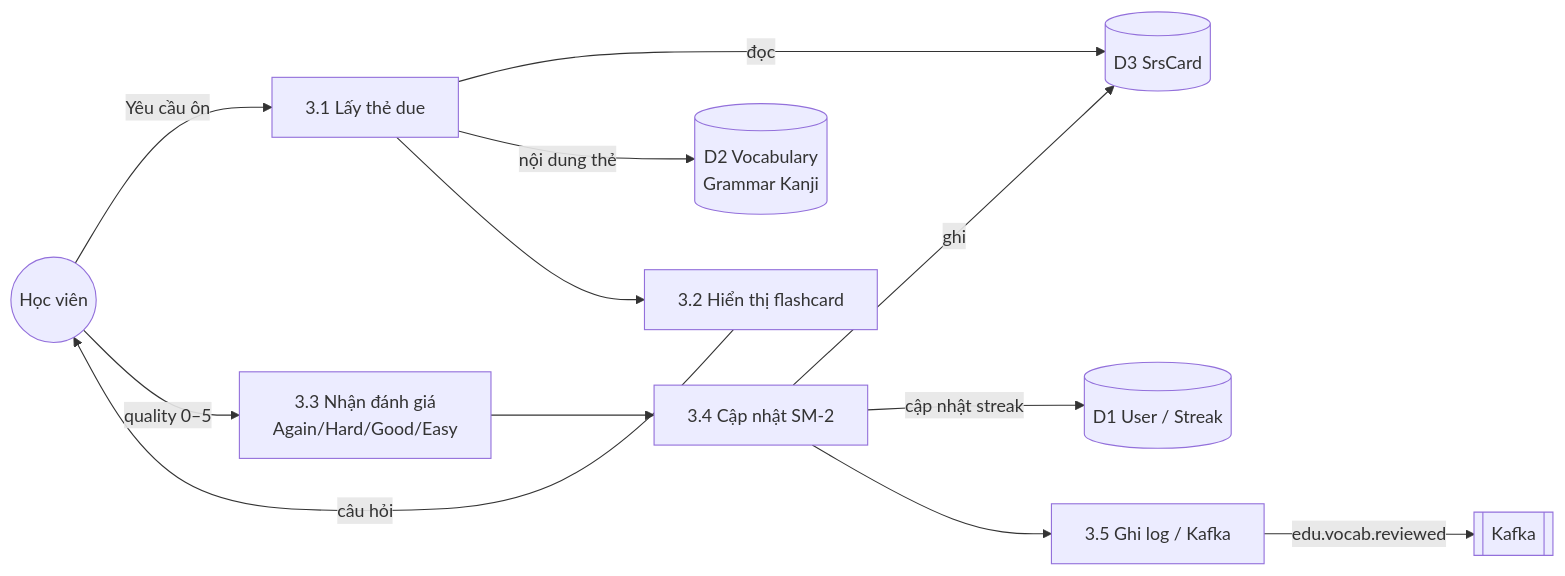
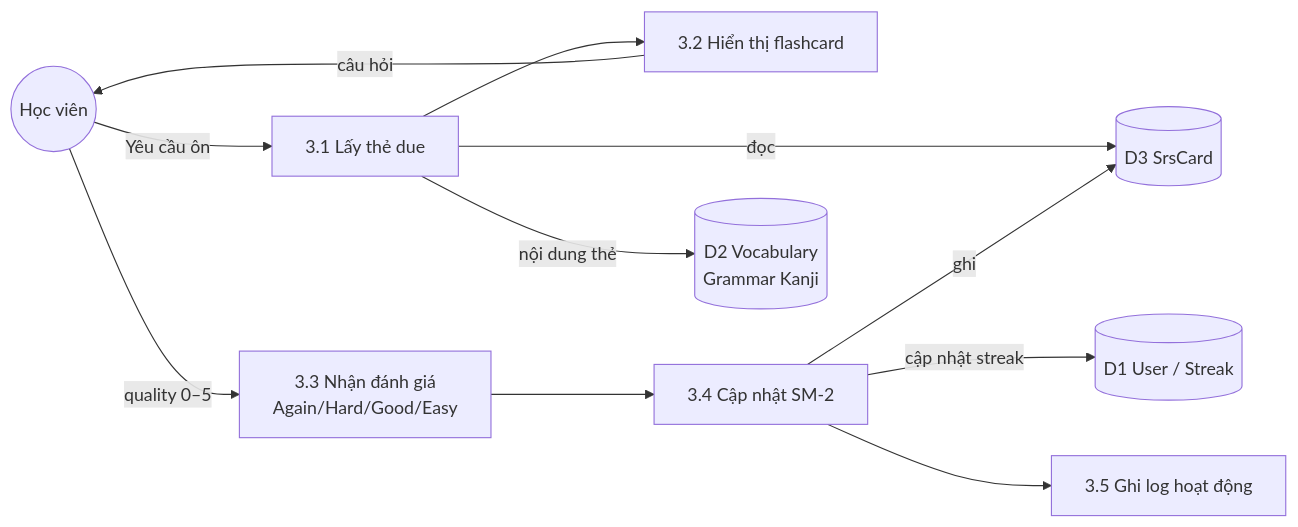
One commit to letiendungdn/edu-app-nihongo changed the fifth of 27 diagrams in docs/bao-cao-phan-tich-thiet-ke.md. Above: the diagram before and after it, drawn with Mermaid. The commit also changed other lines of this file and 79 other files, not shown here.

````diff
--- a/docs/bao-cao-phan-tich-thiet-ke.md
+++ b/docs/bao-cao-phan-tich-thiet-ke.md
@@ -220,26 +220,25 @@
 ```mermaid
 flowchart LR
   U((Học viên))
 
   P31["3.1 Lấy thẻ due"]
   P32["3.2 Hiển thị flashcard"]
   P33["3.3 Nhận đánh giá<br/>Again/Hard/Good/Easy"]
   P34["3.4 Cập nhật SM-2"]
-  P35["3.5 Ghi log / Kafka"]
+  P35["3.5 Ghi log hoạt động"]
 
   D2[("D2 Vocabulary<br/>Grammar Kanji")]
   D3[("D3 SrsCard")]
   D1[("D1 User / Streak")]
 
   U -->|"Yêu cầu ôn"| P31
   P31 -->|"đọc"| D3
   P31 -->|"nội dung thẻ"| D2
   P31 --> P32
   P32 -->|"câu hỏi"| U
   U -->|"quality 0–5"| P33
   P33 --> P34
   P34 -->|"ghi"| D3
   P34 -->|"cập nhật streak"| D1
   P34 --> P35
-  P35 -->|"edu.vocab.reviewed"| K[[Kafka]]
 ```
````
